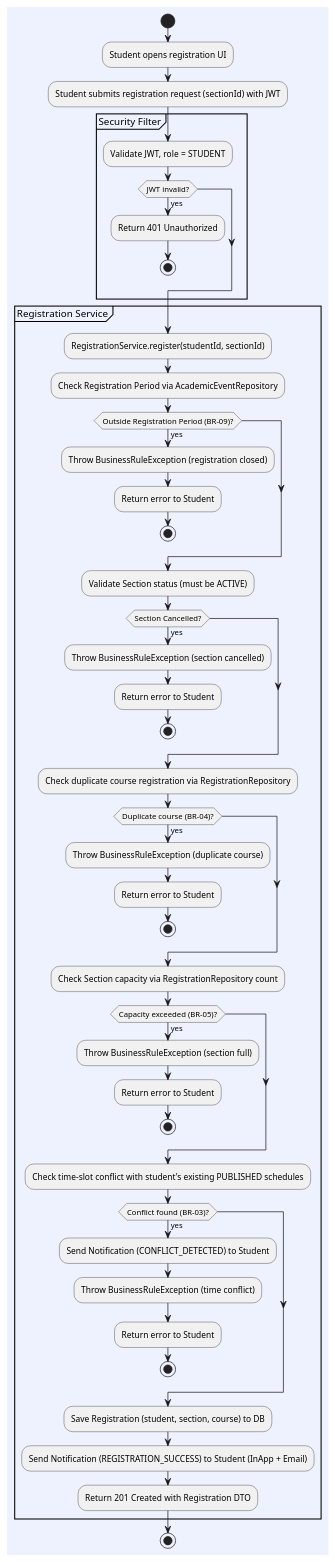
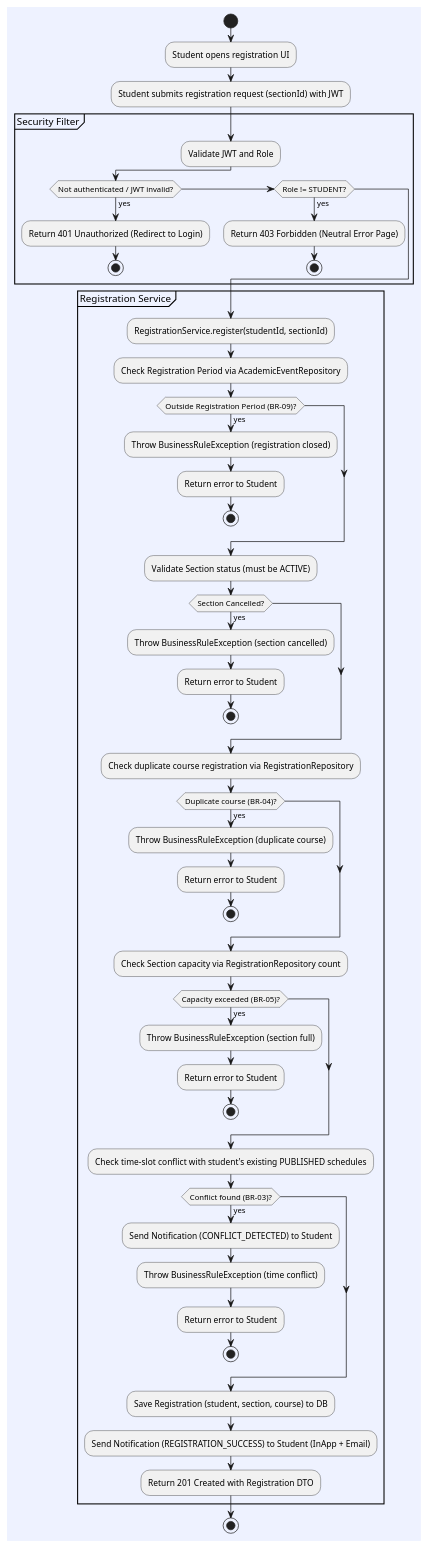
Before and after one commit to synthesixer/AcadOS: the diagram in doc/diagram/ActivityDiagram/activity_student_registration.puml, drawn with PlantUML. The commit also changed 18 other files, not shown here.

First line of the commit message:
fix Refactor diagram to up to date

```diff
--- a/doc/diagram/ActivityDiagram/activity_student_registration.puml
+++ b/doc/diagram/ActivityDiagram/activity_student_registration.puml
@@ -1,54 +1,57 @@
 @startuml
 skinparam backgroundColor #EEF2FF
 
 ' Student Registration Activity Diagram (based on sequence diagram 04)
 
 start
 :Student opens registration UI;
 :Student submits registration request (sectionId) with JWT;
 partition "Security Filter" {
-    :Validate JWT, role = STUDENT;
-    if (JWT invalid?) then (yes)
-        :Return 401 Unauthorized;
+    :Validate JWT and Role;
+    if (Not authenticated / JWT invalid?) then (yes)
+        :Return 401 Unauthorized (Redirect to Login);
+        stop
+    elseif (Role != STUDENT?) then (yes)
+        :Return 403 Forbidden (Neutral Error Page);
         stop
     endif
 }
 partition "Registration Service" {
     :RegistrationService.register(studentId, sectionId);
     :Check Registration Period via AcademicEventRepository;
     if (Outside Registration Period (BR-09)?) then (yes)
         :Throw BusinessRuleException (registration closed);
         :Return error to Student;
         stop
     endif
     :Validate Section status (must be ACTIVE);
     if (Section Cancelled?) then (yes)
         :Throw BusinessRuleException (section cancelled);
         :Return error to Student;
         stop
     endif
     :Check duplicate course registration via RegistrationRepository;
     if (Duplicate course (BR-04)?) then (yes)
         :Throw BusinessRuleException (duplicate course);
         :Return error to Student;
         stop
     endif
     :Check Section capacity via RegistrationRepository count;
     if (Capacity exceeded (BR-05)?) then (yes)
         :Throw BusinessRuleException (section full);
         :Return error to Student;
         stop
     endif
     :Check time‑slot conflict with student's existing PUBLISHED schedules;
     if (Conflict found (BR-03)?) then (yes)
         :Send Notification (CONFLICT_DETECTED) to Student;
         :Throw BusinessRuleException (time conflict);
         :Return error to Student;
         stop
     endif
     :Save Registration (student, section, course) to DB;
     :Send Notification (REGISTRATION_SUCCESS) to Student (InApp + Email);
     :Return 201 Created with Registration DTO;
 }
 stop
 @enduml
```
